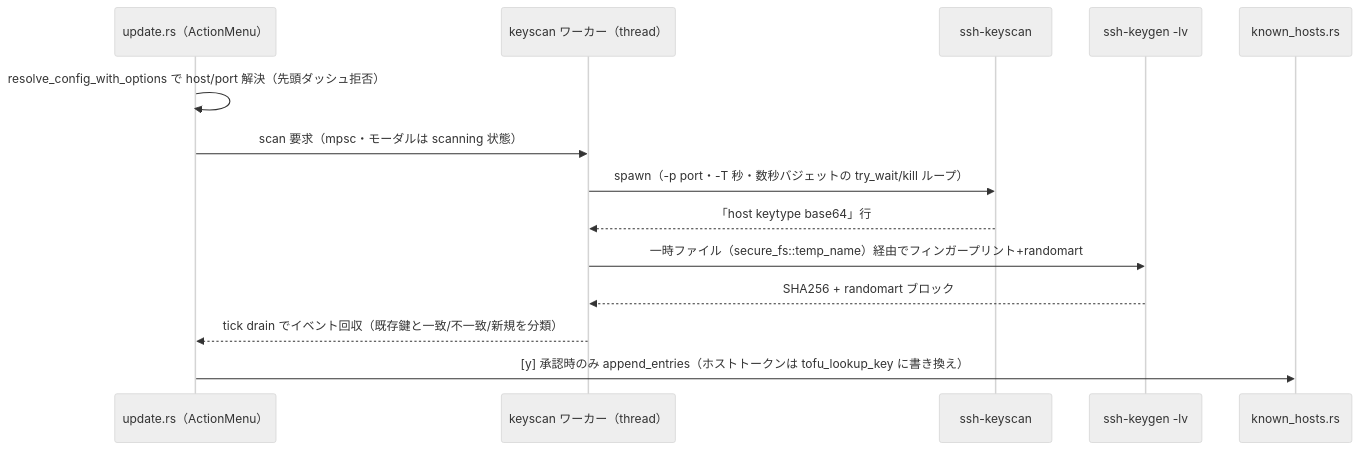
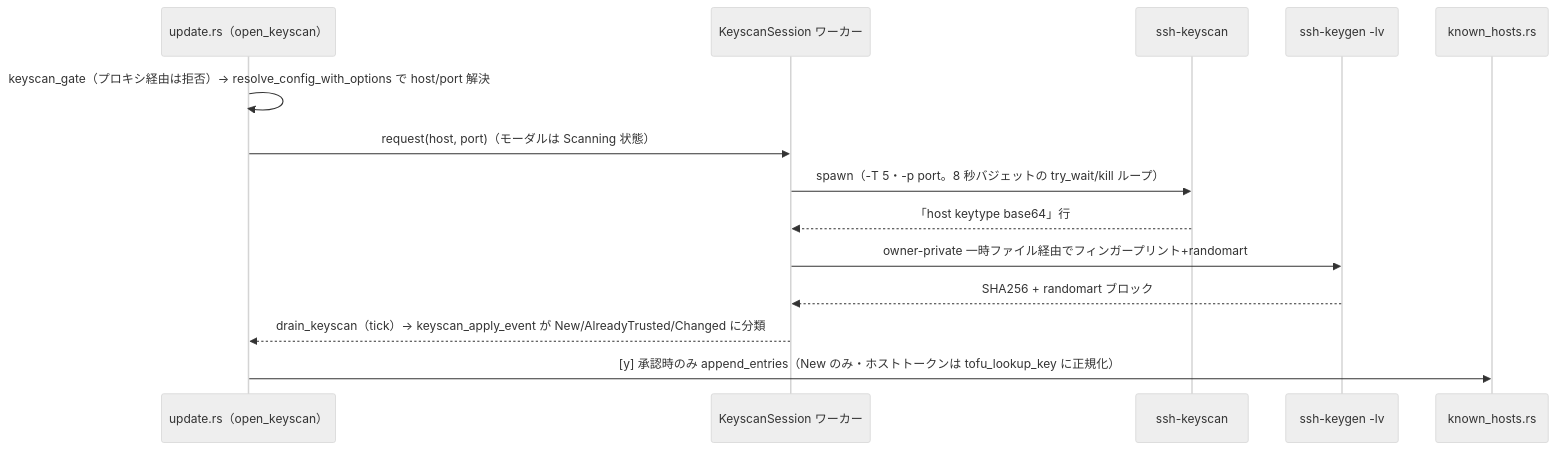
One commit to nakaba-lab/ssh-manager-tui changed the diagram in docs/design/os.md. Above: the diagram before and after it, drawn with Mermaid (neutral theme). The commit also changed other lines of this file and 13 other files, not shown here.

````diff
--- a/docs/design/os.md
+++ b/docs/design/os.md
@@ -38,16 +38,16 @@
 ```mermaid
 sequenceDiagram
-    participant UI as update.rs（ActionMenu）
-    participant W as keyscan ワーカー（thread）
+    participant UI as update.rs（open_keyscan）
+    participant W as KeyscanSession ワーカー
     participant KS as ssh-keyscan
     participant KG as ssh-keygen -lv
     participant KH as known_hosts.rs
-    UI->>UI: resolve_config_with_options で host/port 解決（先頭ダッシュ拒否）
-    UI->>W: scan 要求（mpsc・モーダルは scanning 状態）
-    W->>KS: spawn（-p port・-T 秒・数秒バジェットの try_wait/kill ループ）
+    UI->>UI: keyscan_gate（プロキシ経由は拒否）→ resolve_config_with_options で host/port 解決
+    UI->>W: request(host, port)（モーダルは Scanning 状態）
+    W->>KS: spawn（-T 5・-p port。8 秒バジェットの try_wait/kill ループ）
     KS-->>W: 「host keytype base64」行
-    W->>KG: 一時ファイル（secure_fs::temp_name）経由でフィンガープリント+randomart
+    W->>KG: owner-private 一時ファイル経由でフィンガープリント+randomart
     KG-->>W: SHA256 + randomart ブロック
-    W-->>UI: tick drain でイベント回収（既存鍵と一致/不一致/新規を分類）
-    UI->>KH: [y] 承認時のみ append_entries（ホストトークンは tofu_lookup_key に書き換え）
+    W-->>UI: drain_keyscan（tick）→ keyscan_apply_event が New/AlreadyTrusted/Changed に分類
+    UI->>KH: [y] 承認時のみ append_entries（New のみ・ホストトークンは tofu_lookup_key に正規化）
 ```
````
